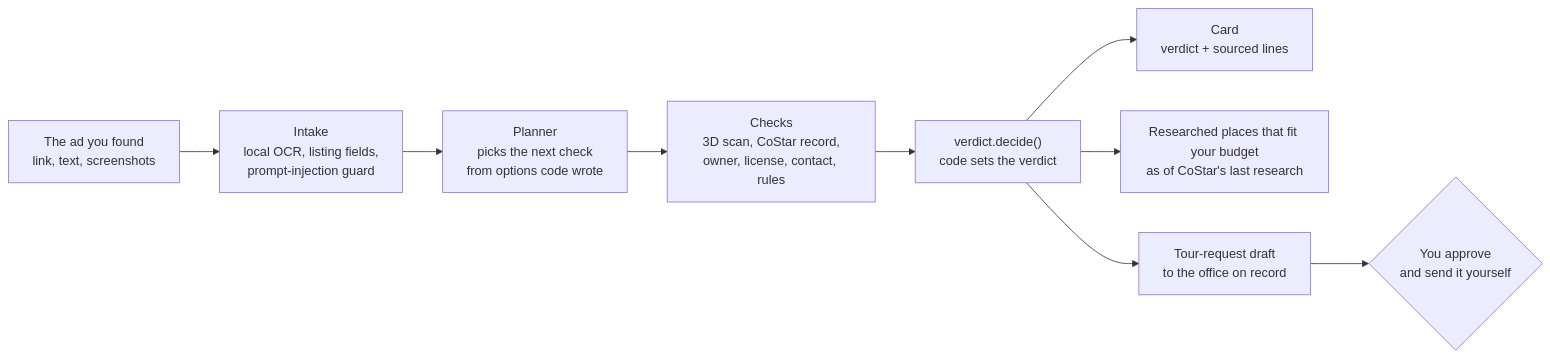
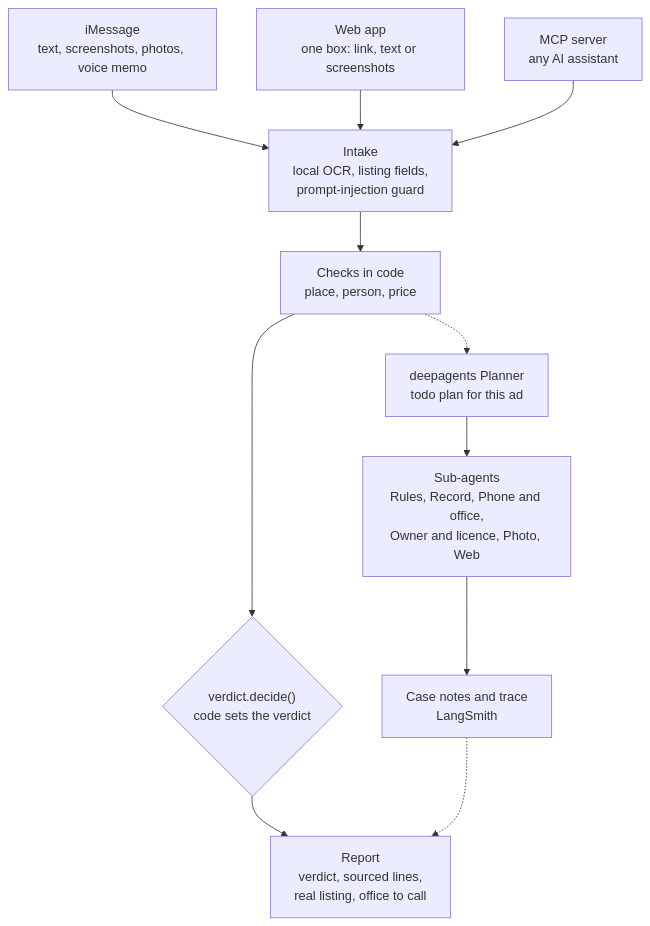
The diagram in README.md (DevSingh05/snapback), drawn with Mermaid before and after one commit. The commit also changed other lines of this file, not shown here.

Commit message:
README: what SNAPBACK checks, how it works, and what is measured, with n and labels

````diff
--- a/README.md
+++ b/README.md
@@ -47,11 +86,14 @@
 ```mermaid
-flowchart LR
-    ad["The ad you found<br/>link, text, screenshots"] --> intake["Intake<br/>local OCR, listing fields,<br/>prompt-injection guard"]
-    intake --> planner["Planner<br/>picks the next check<br/>from options code wrote"]
-    planner --> checks["Checks<br/>3D scan, CoStar record,<br/>owner, license, contact, rules"]
-    checks --> decide["verdict.decide()<br/>code sets the verdict"]
-    decide --> card["Card<br/>verdict + sourced lines"]
-    decide --> places["Researched places that fit your budget<br/>as of CoStar's last research"]
-    decide --> draft["Tour-request draft<br/>to the office on record"]
-    draft --> you{"You approve<br/>and send it yourself"}
+flowchart TD
+    imsg["iMessage<br/>text, screenshots, photos, voice memo"] --> api
+    web["Web app<br/>one box: link, text or screenshots"] --> api
+    mcp["MCP server<br/>any AI assistant"] --> api
+    api["Intake<br/>local OCR, listing fields,<br/>prompt-injection guard"] --> checks
+    checks["Checks in code<br/>place, person, price"] --> decide
+    decide{"verdict.decide()<br/>code sets the verdict"} --> report
+    report["Report<br/>verdict, sourced lines,<br/>real listing, office to call"]
+    checks -.-> planner
+    planner["deepagents Planner<br/>todo plan for this ad"] --> subs
+    subs["Sub-agents<br/>Rules, Record, Phone and office,<br/>Owner and licence, Photo, Web"] --> notes
+    notes["Case notes and trace<br/>LangSmith"] -.-> report
 ```
````
